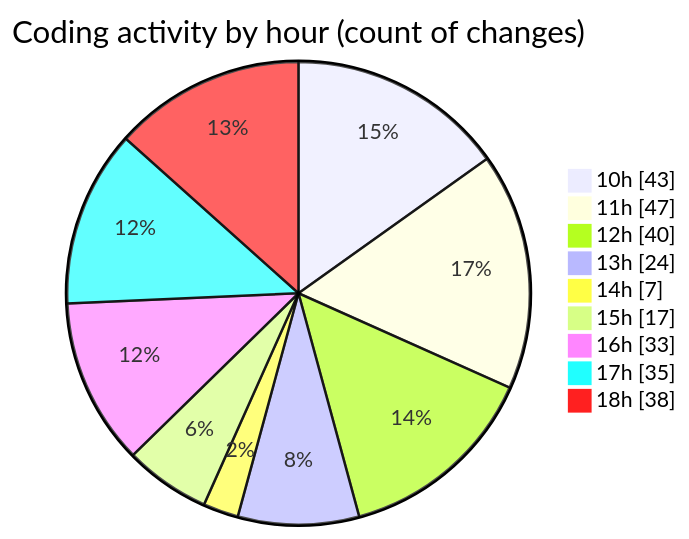
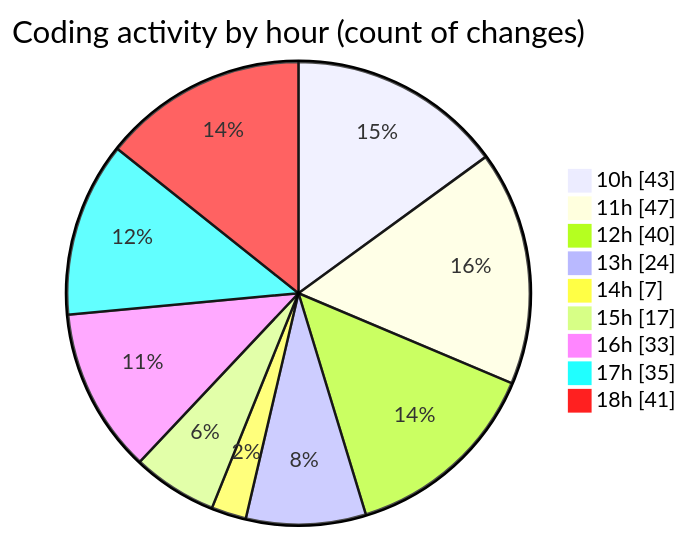
Before and after one commit to momahboobian/code-tracking: the second of 2 diagrams in 2025-02-10/cda/README.md, drawn with Mermaid. The commit also changed other lines of this file and 1 other file, not shown here.

````diff
--- a/2025-02-10/cda/README.md
+++ b/2025-02-10/cda/README.md
@@ -35,13 +35,13 @@
 ```mermaid
 pie showData
 title Coding activity by hour (count of changes)
 "10h" : 43
 "11h" : 47
 "12h" : 40
 "13h" : 24
 "14h" : 7
 "15h" : 17
 "16h" : 33
 "17h" : 35
-"18h" : 38
+"18h" : 41
 ```
````
